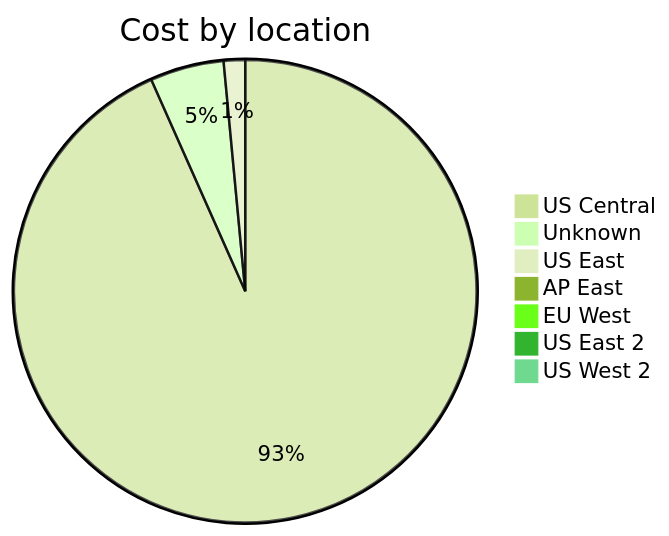
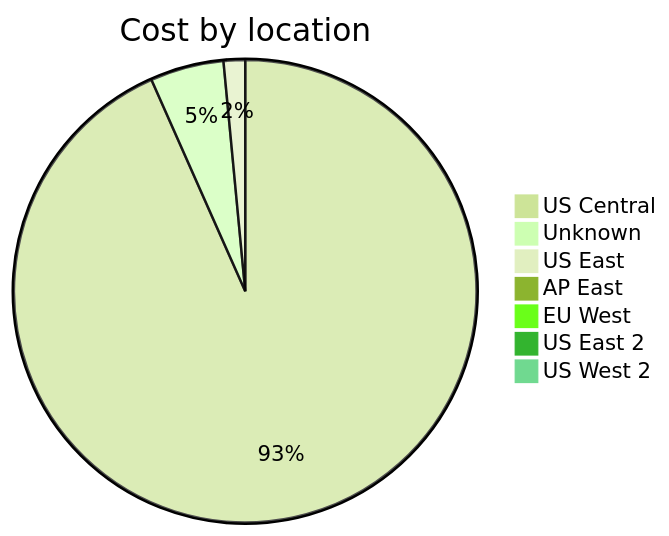
The third of 4 diagrams in cost-reports/accumulated-cost.md (jpfulton/azure-personal-reports), drawn with Mermaid (forest theme) before and after one commit. The commit also changed other lines of this file and 4 other files, not shown here.

````diff
--- a/cost-reports/accumulated-cost.md
+++ b/cost-reports/accumulated-cost.md
@@ -123,11 +123,11 @@
 ```mermaid
 pie
    title Cost by location
-   "US Central" : 11.23
-   "Unknown" : 0.62
-   "US East" : 0.18
+   "US Central" : 11.80
+   "Unknown" : 0.65
+   "US East" : 0.19
    "AP East" : 0.00
    "EU West" : 0.00
    "US East 2" : 0.00
    "US West 2" : 0.00
 ```
````
